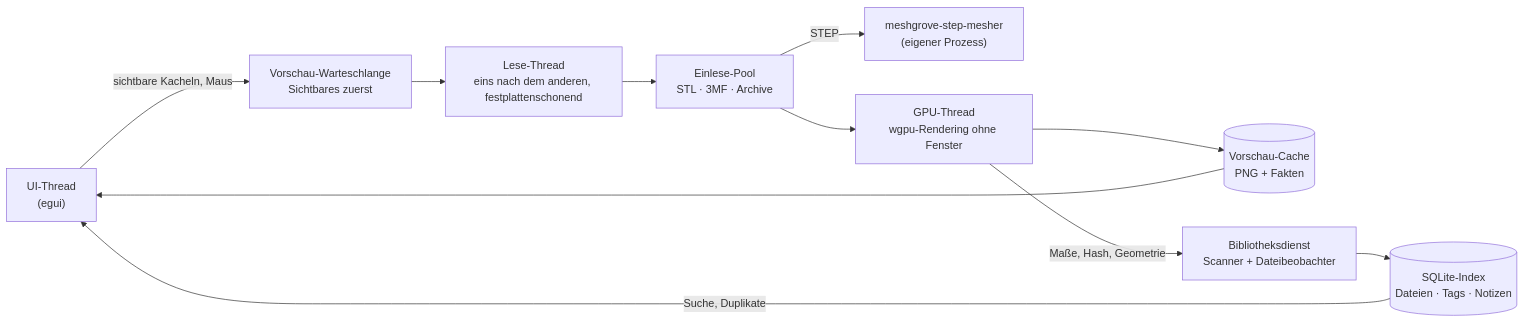
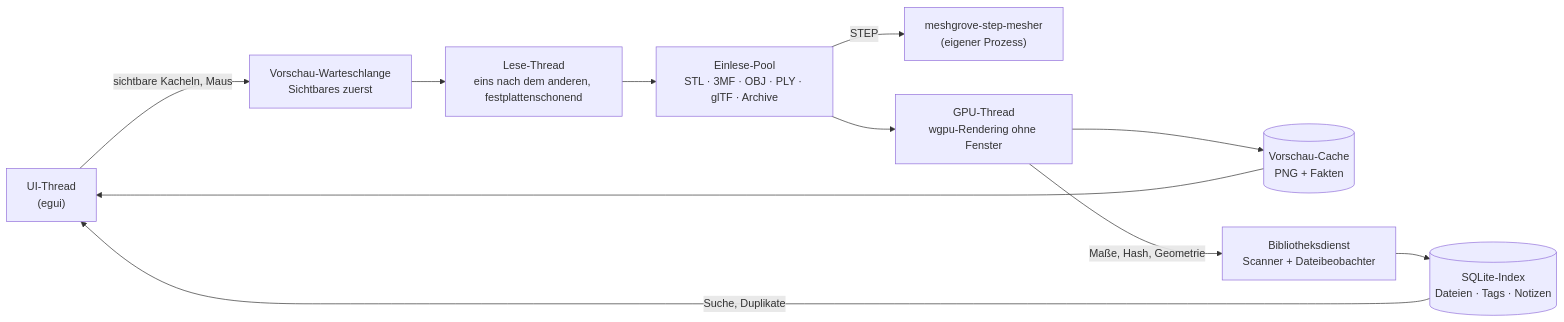
The diagram in README.de.md (DonDavis-vibe/MeshGrove), drawn with Mermaid before and after one commit. The commit also changed other lines of this file and 26 other files, not shown here.

First line of the commit message:
OBJ, PLY and glTF/GLB models with their colours

````diff
--- a/README.de.md
+++ b/README.de.md
@@ -682,13 +686,13 @@
 ```mermaid
 flowchart LR
     UI["UI-Thread<br/>(egui)"] -- "sichtbare Kacheln, Maus" --> Q["Vorschau-Warteschlange<br/>Sichtbares zuerst"]
     Q --> IO["Lese-Thread<br/>eins nach dem anderen, festplattenschonend"]
-    IO --> P["Einlese-Pool<br/>STL · 3MF · Archive"]
+    IO --> P["Einlese-Pool<br/>STL · 3MF · OBJ · PLY · glTF · Archive"]
     P -- "STEP" --> S["meshgrove-step-mesher<br/>(eigener Prozess)"]
     P --> G["GPU-Thread<br/>wgpu-Rendering ohne Fenster"]
     G --> C[("Vorschau-Cache<br/>PNG + Fakten")]
     C --> UI
     L["Bibliotheksdienst<br/>Scanner + Dateibeobachter"] --> DB[("SQLite-Index<br/>Dateien · Tags · Notizen")]
     G -- "Maße, Hash, Geometrie" --> L
     DB -- "Suche, Duplikate" --> UI
 ```
````
